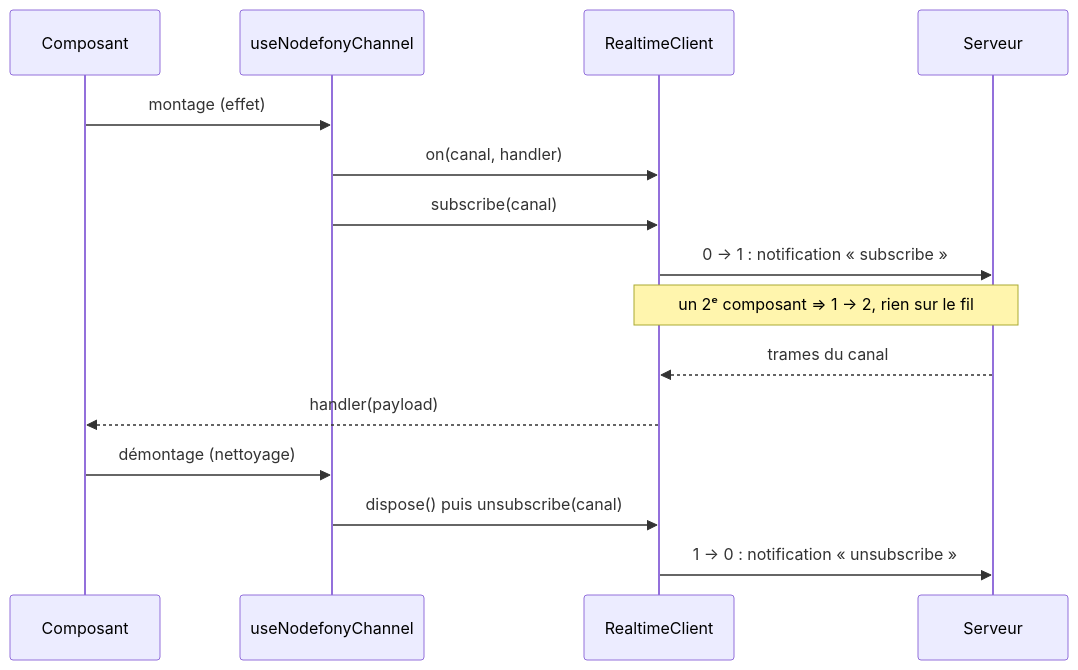
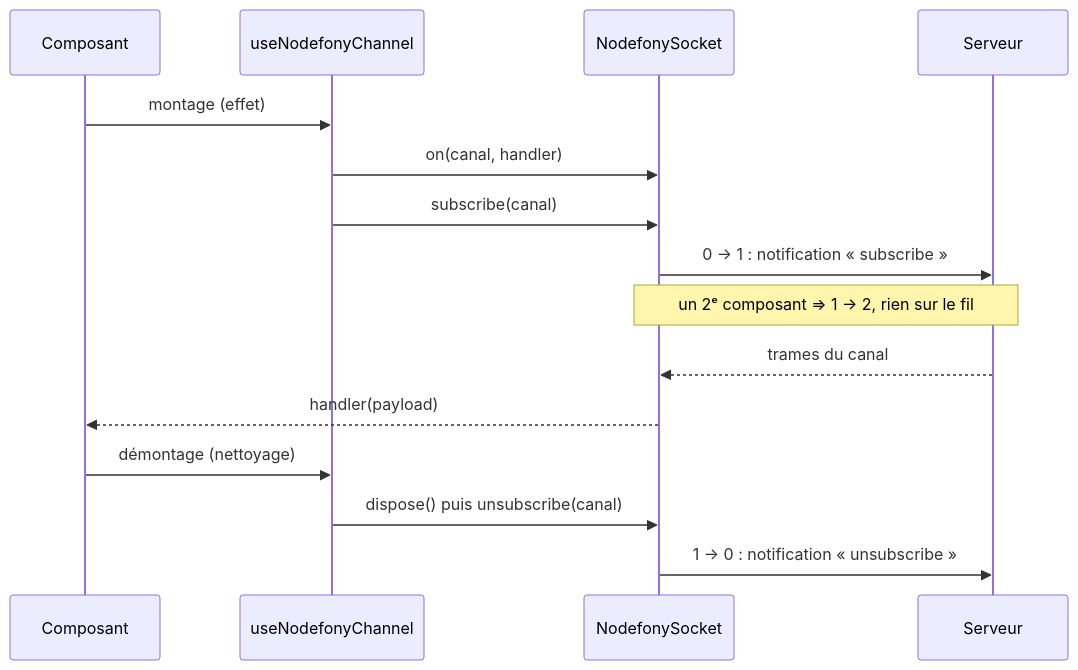
Before and after one commit to nodefony/nodefony-core: the second of 2 diagrams in src/nodefony/docs/react-hooks.md, drawn with Mermaid. The commit also changed other lines of this file and 133 other files, not shown here.

````diff
--- a/src/nodefony/docs/react-hooks.md
+++ b/src/nodefony/docs/react-hooks.md
@@ -529,17 +529,17 @@
 ```mermaid
 sequenceDiagram
   participant C as Composant
   participant H as useNodefonyChannel
-  participant R as RealtimeClient
+  participant R as NodefonySocket
   participant S as Serveur
   C->>H: montage (effet)
   H->>R: on(canal, handler)
   H->>R: subscribe(canal)
   R->>S: 0 → 1 : notification « subscribe »
   Note over R,S: un 2ᵉ composant ⇒ 1 → 2, rien sur le fil
   S-->>R: trames du canal
   R-->>C: handler(payload)
   C->>H: démontage (nettoyage)
   H->>R: dispose() puis unsubscribe(canal)
   R->>S: 1 → 0 : notification « unsubscribe »
 ```
````
